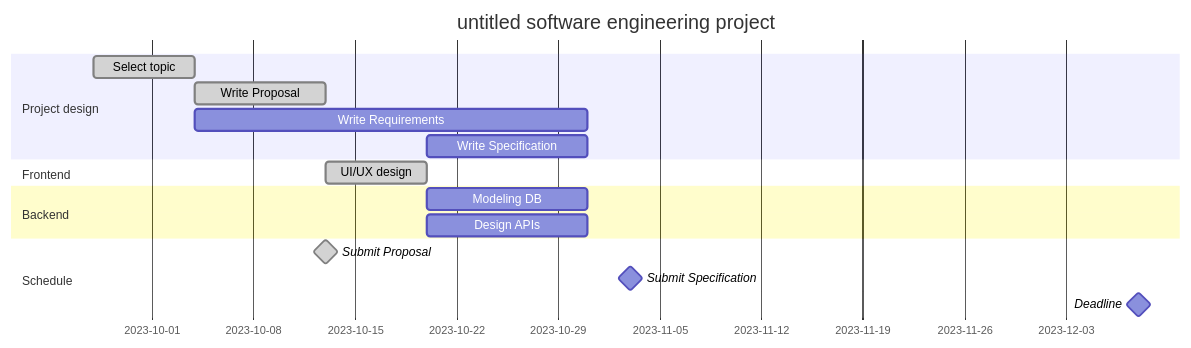
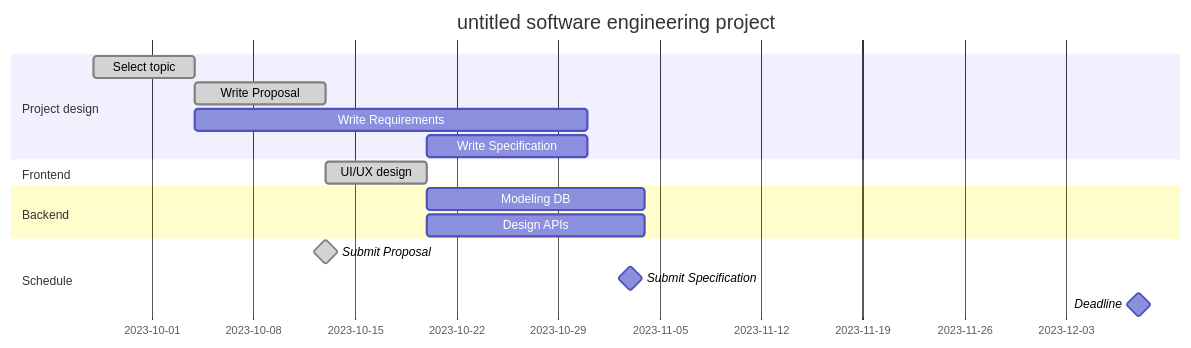
The diagram in profile/README.md (se-tmp/.github), drawn with Mermaid before and after one commit.

````diff
--- a/profile/README.md
+++ b/profile/README.md
@@ -28,25 +7,25 @@
 ```mermaid
 gantt
     title untitled software engineering project
     dateFormat  YYYY-MM-DD
 
     section Project design
         Select topic            :done,                2023-09-27, 2023-10-04
         Write Proposal          :done,                2023-10-04, 2023-10-13
         Write Requirements      :                     2023-10-04, 2023-10-31
         Write Specification     :                     2023-10-20, 2023-10-31
 
     section Frontend
         UI/UX design            :done,                2023-10-13, 2023-10-20
         
     section Backend
-        Modeling DB             :                     2023-10-20, 2023-10-31
-        Design APIs             :                     2023-10-20, 2023-10-31
+        Modeling DB             :                     2023-10-20, 2023-11-04    
+        Design APIs             :                     2023-10-20, 2023-11-04
 
     section Computer vision
 
     section Schedule
         Submit Proposal         :milestone, done,     2023-10-13, 2023-10-13
         Submit Specification    :milestone,           2023-11-03, 2023-11-03
         Deadline                :milestone,           2023-12-08, 2023-12-08
 ```
````
